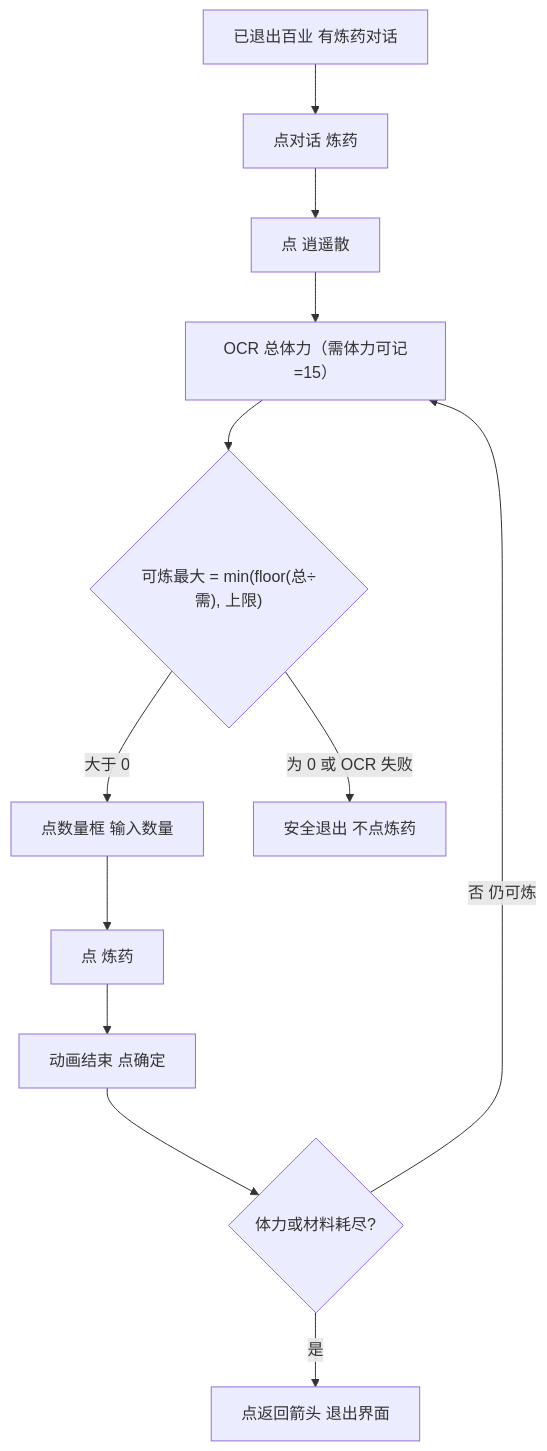
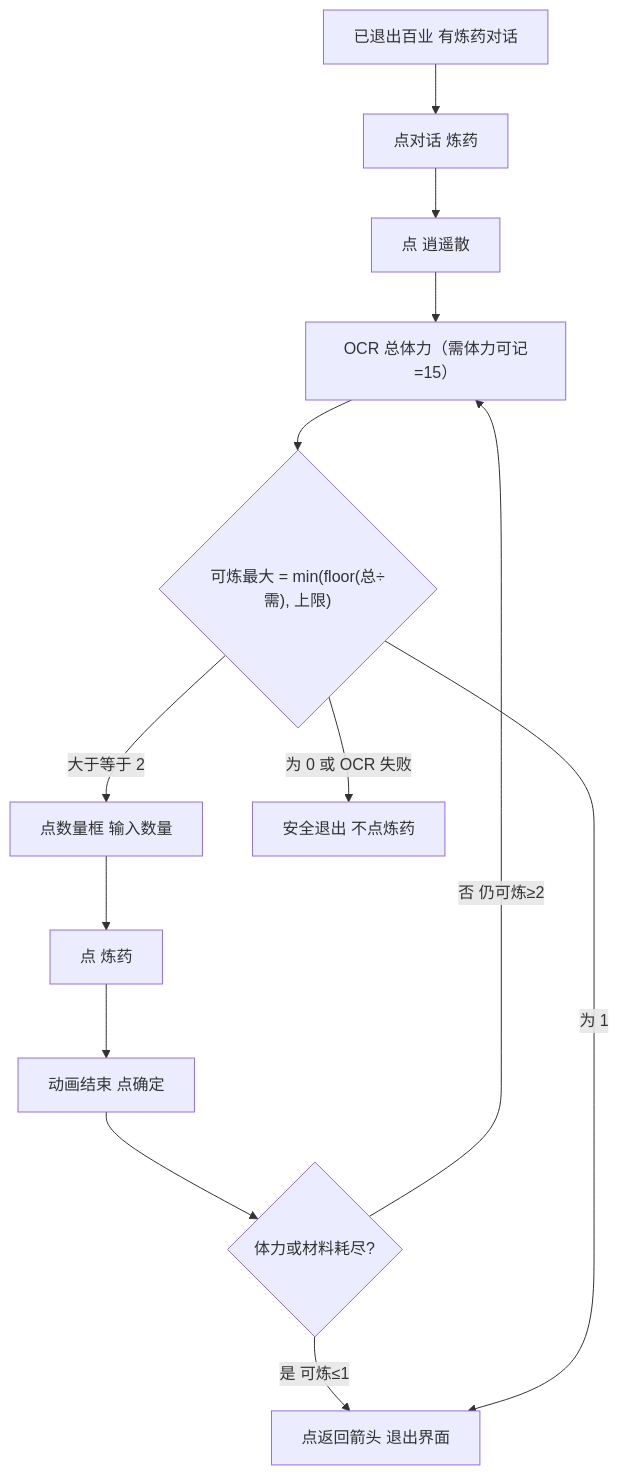
One commit to 82488059/MAAJN changed the diagram in docs/zh_cn/炼药.md. Above: the diagram before and after it, drawn with Mermaid. The commit also changed other lines of this file and 18 other files, not shown here.

````diff
--- a/docs/zh_cn/炼药.md
+++ b/docs/zh_cn/炼药.md
@@ -70,19 +70,20 @@
 ```mermaid
 flowchart TD
   start["已退出百业 有炼药对话"]
   talk["点对话 炼药"]
   pick["点 逍遥散"]
   ocr["OCR 总体力（需体力可记=15）"]
   qty{"可炼最大 = min(floor(总÷需), 上限)"}
   pad["点数量框 输入数量"]
   craft["点 炼药"]
   done["动画结束 点确定"]
   left{"体力或材料耗尽?"}
   exitUI["点返回箭头 退出界面"]
   safe["安全退出 不点炼药"]
   start --> talk --> pick --> ocr --> qty
-  qty -->|大于 0| pad --> craft --> done --> left
-  left -->|否 仍可炼| ocr
-  left -->|是| exitUI
+  qty -->|大于等于 2| pad --> craft --> done --> left
+  left -->|否 仍可炼≥2| ocr
+  left -->|是 可炼≤1| exitUI
+  qty -->|为 1| exitUI
   qty -->|为 0 或 OCR 失败| safe
 ```
````
